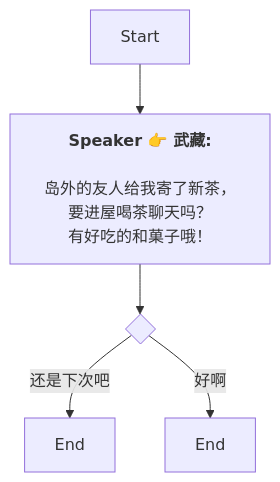
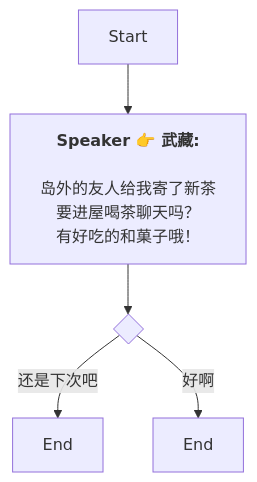
One commit to SoftHu/tos_avg changed the diagram in Zh/QuestTalkObjectiveNode_1752158487408039.md. Above: the diagram before and after it, drawn with Mermaid. The commit also changed 199 other files, not shown here.

````diff
--- a/Zh/QuestTalkObjectiveNode_1752158487408039.md
+++ b/Zh/QuestTalkObjectiveNode_1752158487408039.md
@@ -1,11 +1,12 @@
 ```mermaid
 graph
 Start -->1752158612056490[<b>Speaker 👉 武藏:</b>
 
-岛外的友人给我寄了新茶，要进屋喝茶聊天吗？
+岛外的友人给我寄了新茶
+要进屋喝茶聊天吗？
 有好吃的和菓子哦！]
 1752158612056490 -->1752158678165931{ }
 1752158678165931 -->|还是下次吧|1752158699124145[End]
 1752158678165931 -->|好啊|1752158694624688[End]
 
  ```
````
